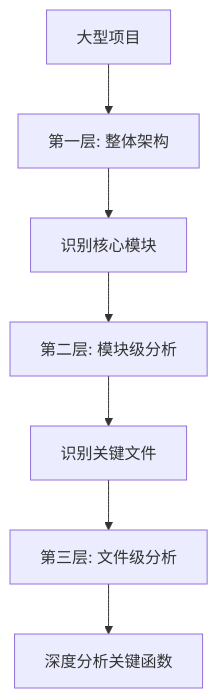
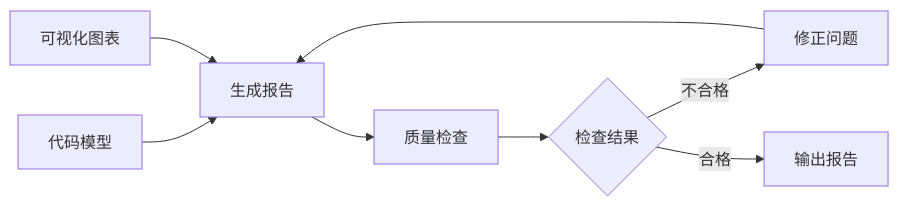
Before and after one commit to JIA-ss/agents: the seventh of 7 diagrams in agents/code-analyzer.md, drawn with Mermaid. The commit also changed other lines of this file and 4 other files, not shown here.

````diff
--- a/agents/code-analyzer.md
+++ b/agents/code-analyzer.md
@@ -527,9 +197,10 @@
 ```mermaid
-flowchart TD
-    A[大型项目] --> B[第一层: 整体架构]
-    B --> C[识别核心模块]
-    C --> D[第二层: 模块级分析]
-    D --> E[识别关键文件]
-    E --> F[第三层: 文件级分析]
-    F --> G[深度分析关键函数]
+graph LR
+    A[代码模型] --> B[生成报告]
+    C[可视化图表] --> B
+    B --> D[质量检查]
+    D --> E{检查结果}
+    E -->|不合格| F[修正问题]
+    F --> B
+    E -->|合格| G[输出报告]
 ```
````
